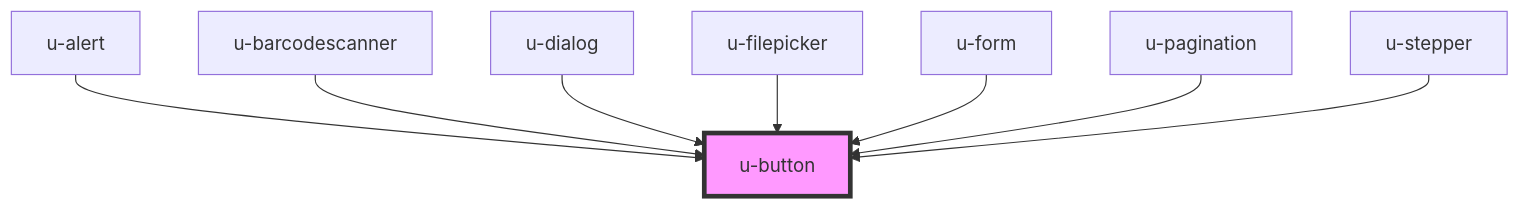
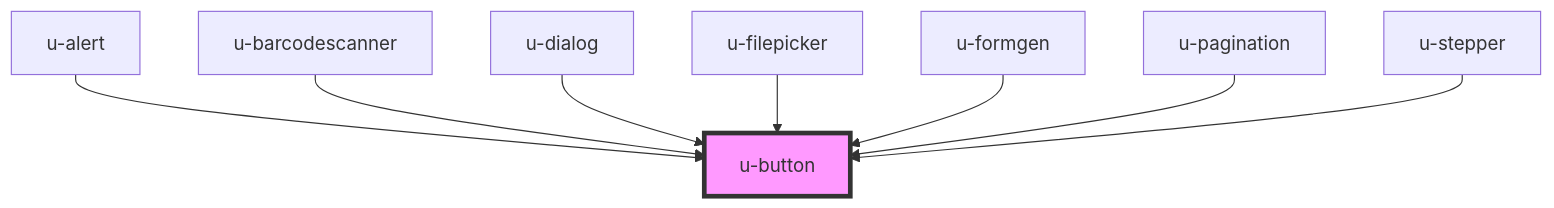
The diagram in src/components/u-button/readme.md (theUrbans/uniform), drawn with Mermaid before and after one commit. The commit also changed other lines of this file and 11 other files, not shown here.

````diff
--- a/src/components/u-button/readme.md
+++ b/src/components/u-button/readme.md
@@ -37,11 +37,11 @@
 ```mermaid
 graph TD;
   u-alert --> u-button
   u-barcodescanner --> u-button
   u-dialog --> u-button
   u-filepicker --> u-button
-  u-form --> u-button
+  u-formgen --> u-button
   u-pagination --> u-button
   u-stepper --> u-button
   style u-button fill:#f9f,stroke:#333,stroke-width:4px
 ```
````
